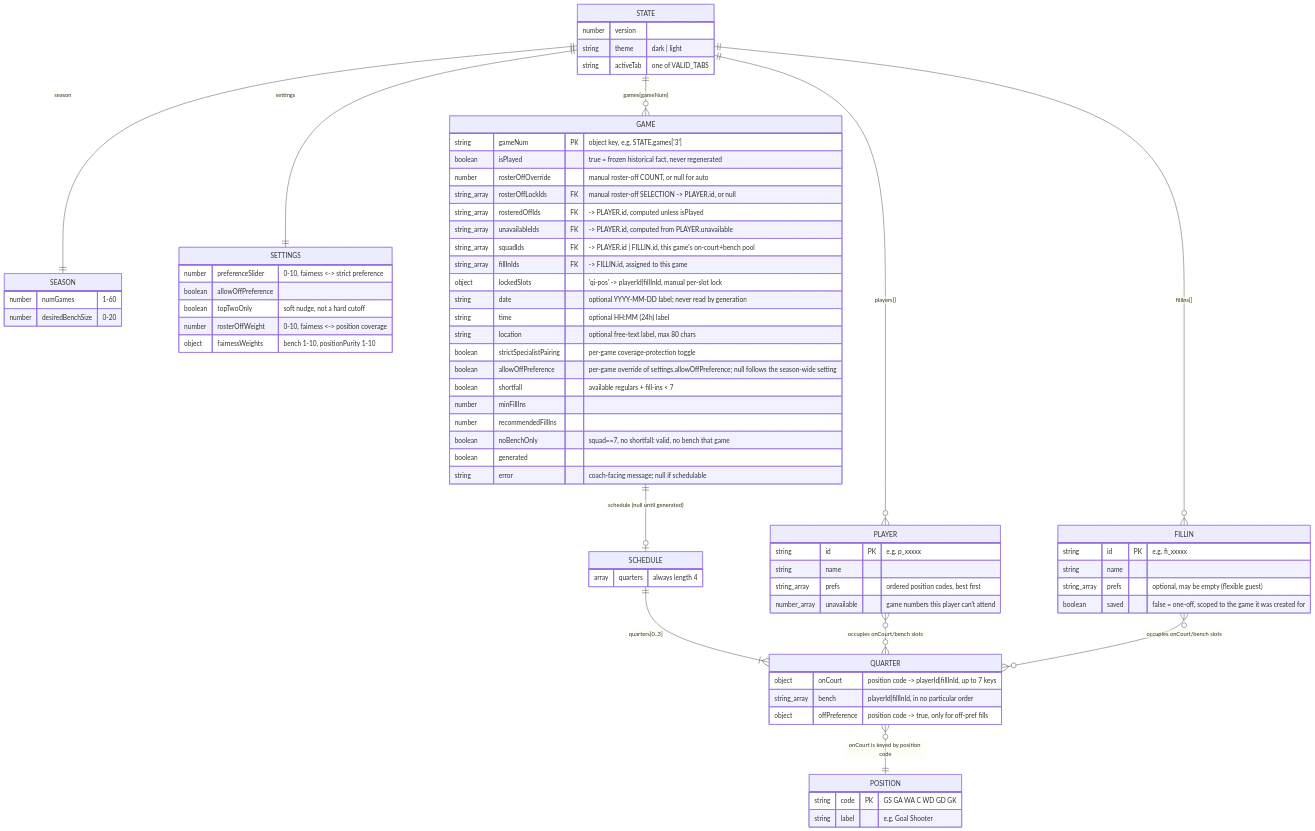
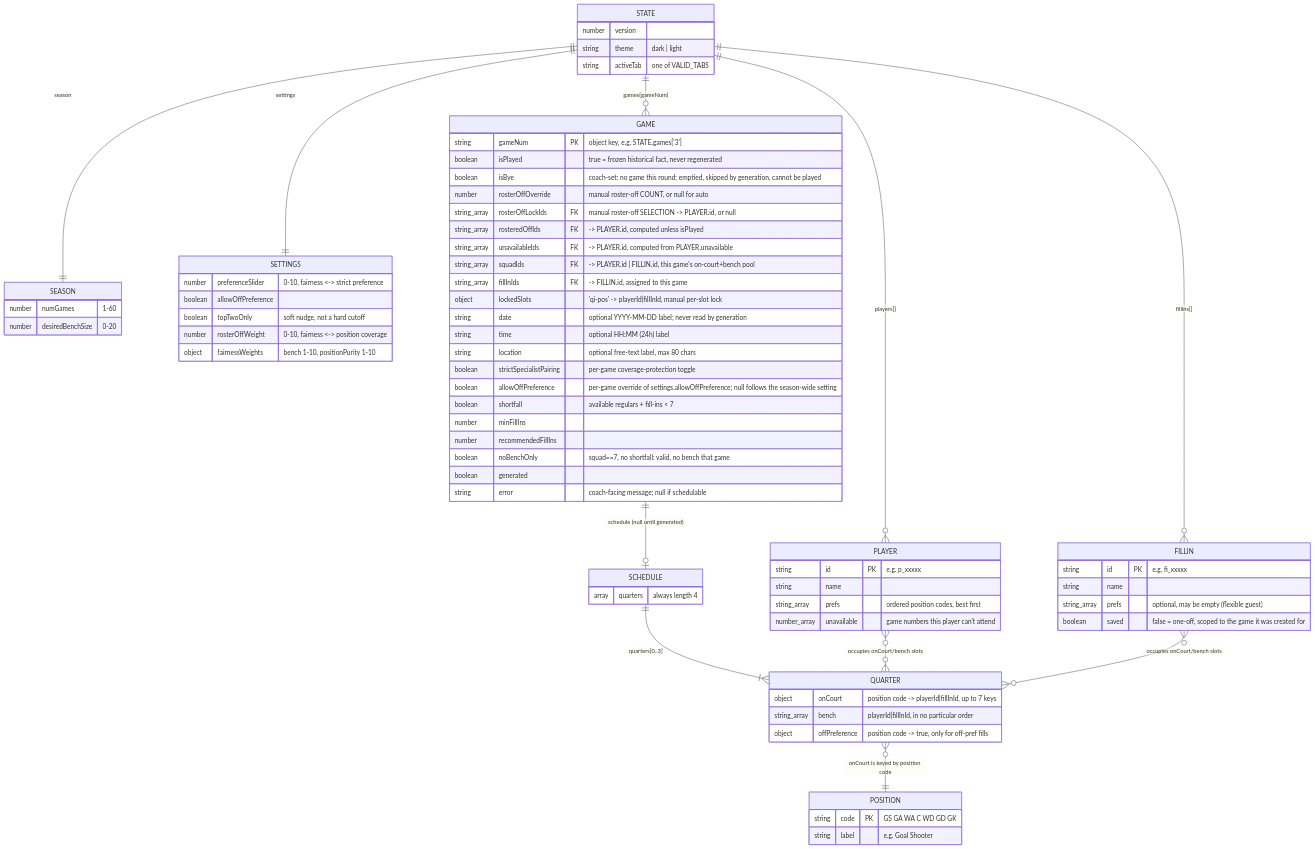
The diagram in docs/data-model.md (dj8/nb-roster-mgr), drawn with Mermaid before and after one commit. The commit also changed 4 other files, not shown here.

Commit message:
Add Bye button: empties a game, excludes it from generation, blocks marking played

```diff
--- a/docs/data-model.md
+++ b/docs/data-model.md
@@ -49,6 +49,7 @@
     GAME {
         string gameNum PK "object key, e.g. STATE.games['3']"
         boolean isPlayed "true = frozen historical fact, never regenerated"
+        boolean isBye "coach-set: no game this round; emptied, skipped by generation, cannot be played"
         number rosterOffOverride "manual roster-off COUNT, or null for auto"
         string_array rosterOffLockIds FK "manual roster-off SELECTION -> PLAYER.id, or null"
         string_array rosteredOffIds FK "-> PLAYER.id, computed unless isPlayed"
```
